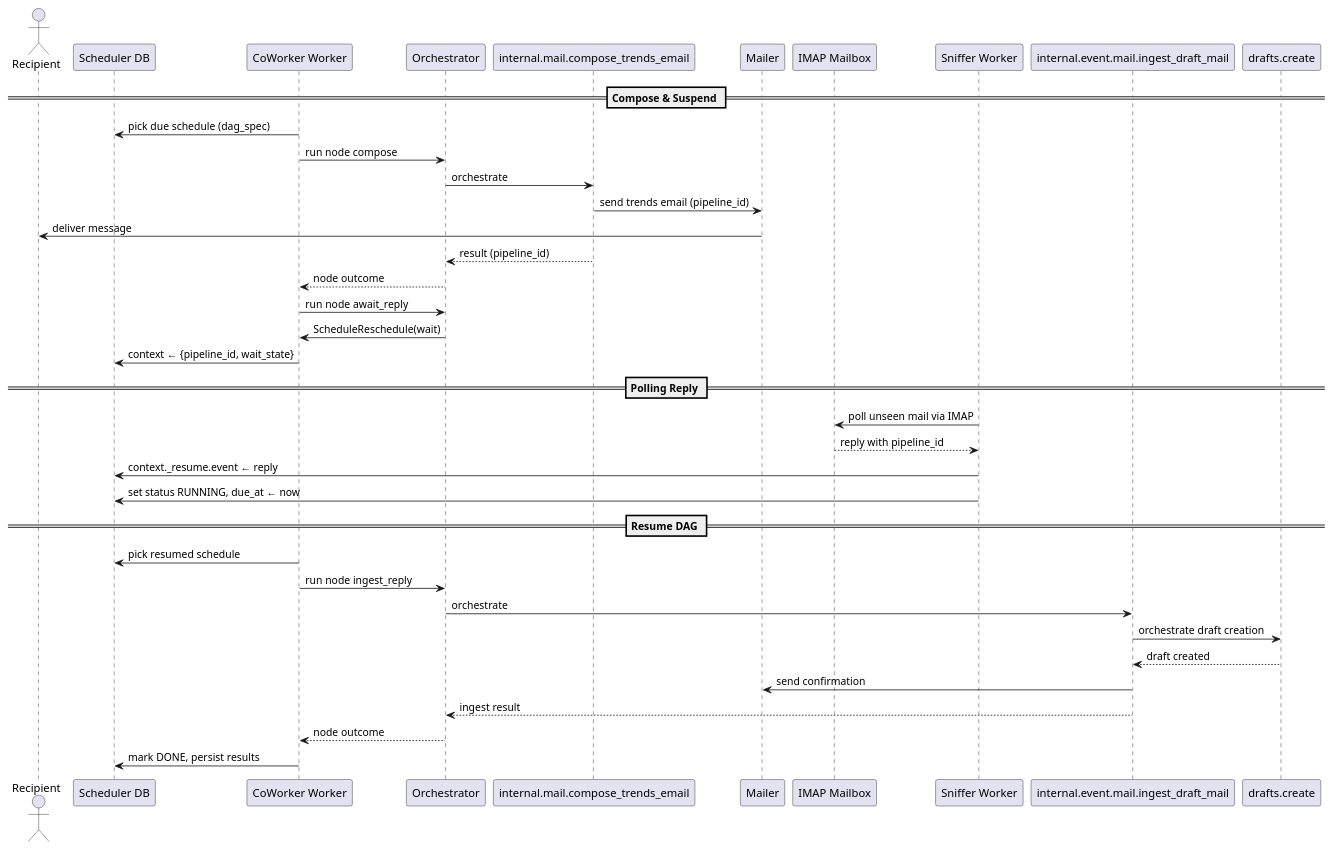
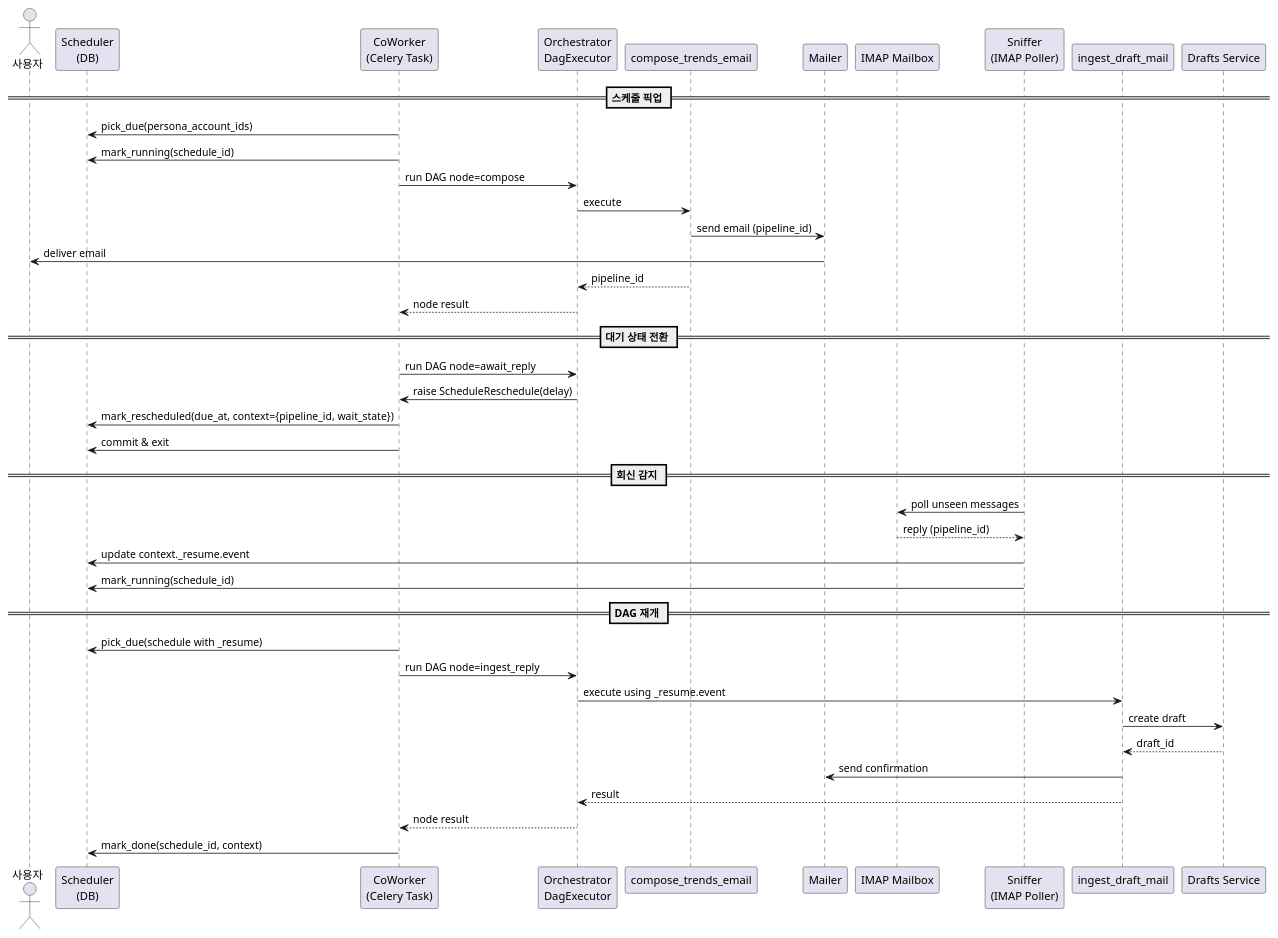
Before and after one commit to SnowyPainter/Maestro: the diagram in docs/coworker/coworker-interactive.md, drawn with PlantUML. The commit also changed other lines of this file and 7 other files, not shown here.

````diff
--- a/docs/coworker/coworker-interactive.md
+++ b/docs/coworker/coworker-interactive.md
@@ -15,43 +44,47 @@
 ```plantuml
 @startuml
-actor Recipient
-participant Scheduler as "Scheduler DB"
-participant CoWorker as "CoWorker Worker"
-participant Orchestrator
-participant ComposeFlow as "internal.mail.compose_trends_email"
-participant Mailer
-participant Mailbox as "IMAP Mailbox"
-participant Sniffer as "Sniffer Worker"
-participant IngestFlow as "internal.event.mail.ingest_draft_mail"
-participant Drafts as "drafts.create"
+actor 사용자 as Recipient
+participant "Scheduler\n(DB)" as Scheduler
+participant "CoWorker\n(Celery Task)" as CoWorker
+participant "Orchestrator\nDagExecutor" as Orchestrator
+participant "compose_trends_email" as Compose
+participant "Mailer" as Mailer
+participant "IMAP Mailbox" as Mailbox
+participant "Sniffer\n(IMAP Poller)" as Sniffer
+participant "ingest_draft_mail" as Ingest
+participant "Drafts Service" as Drafts
 
-== Compose & Suspend ==
-CoWorker -> Scheduler : pick due schedule (dag_spec)
-CoWorker -> Orchestrator : run node compose
-Orchestrator -> ComposeFlow : orchestrate
-ComposeFlow -> Mailer : send trends email (pipeline_id)
-Mailer -> Recipient : deliver message
-ComposeFlow --> Orchestrator : result (pipeline_id)
-Orchestrator --> CoWorker : node outcome
-CoWorker -> Orchestrator : run node await_reply
-Orchestrator -> CoWorker : ScheduleReschedule(wait)
-CoWorker -> Scheduler : context ← {pipeline_id, wait_state}
+== 스케줄 픽업 ==
+CoWorker -> Scheduler : pick_due(persona_account_ids)
+CoWorker -> Scheduler : mark_running(schedule_id)
+CoWorker -> Orchestrator : run DAG node=compose
+Orchestrator -> Compose : execute
+Compose -> Mailer : send email (pipeline_id)
+Mailer -> Recipient : deliver email
+Compose --> Orchestrator : pipeline_id
+Orchestrator --> CoWorker : node result
 
-== Polling Reply ==
-Sniffer -> Mailbox : poll unseen mail via IMAP
-Mailbox --> Sniffer : reply with pipeline_id
-Sniffer -> Scheduler : context._resume.event ← reply
-Sniffer -> Scheduler : set status RUNNING, due_at ← now
+== 대기 상태 전환 ==
+CoWorker -> Orchestrator : run DAG node=await_reply
+Orchestrator -> CoWorker : raise ScheduleReschedule(delay)
+CoWorker -> Scheduler : mark_rescheduled(due_at, context={pipeline_id, wait_state})
+CoWorker -> Scheduler : commit & exit
 
-== Resume DAG ==
-CoWorker -> Scheduler : pick resumed schedule
-CoWorker -> Orchestrator : run node ingest_reply
-Orchestrator -> IngestFlow : orchestrate
-IngestFlow -> Drafts : orchestrate draft creation
-Drafts --> IngestFlow : draft created
-IngestFlow -> Mailer : send confirmation
-IngestFlow --> Orchestrator : ingest result
-Orchestrator --> CoWorker : node outcome
-CoWorker -> Scheduler : mark DONE, persist results
+== 회신 감지 ==
+Sniffer -> Mailbox : poll unseen messages
+Mailbox --> Sniffer : reply (pipeline_id)
+Sniffer -> Scheduler : update context._resume.event
+Sniffer -> Scheduler : mark_running(schedule_id)
+
+== DAG 재개 ==
+CoWorker -> Scheduler : pick_due(schedule with _resume)
+CoWorker -> Orchestrator : run DAG node=ingest_reply
+Orchestrator -> Ingest : execute using _resume.event
+Ingest -> Drafts : create draft
+Drafts --> Ingest : draft_id
+Ingest -> Mailer : send confirmation
+Ingest --> Orchestrator : result
+Orchestrator --> CoWorker : node result
+CoWorker -> Scheduler : mark_done(schedule_id, context)
 @enduml
 ```
````
